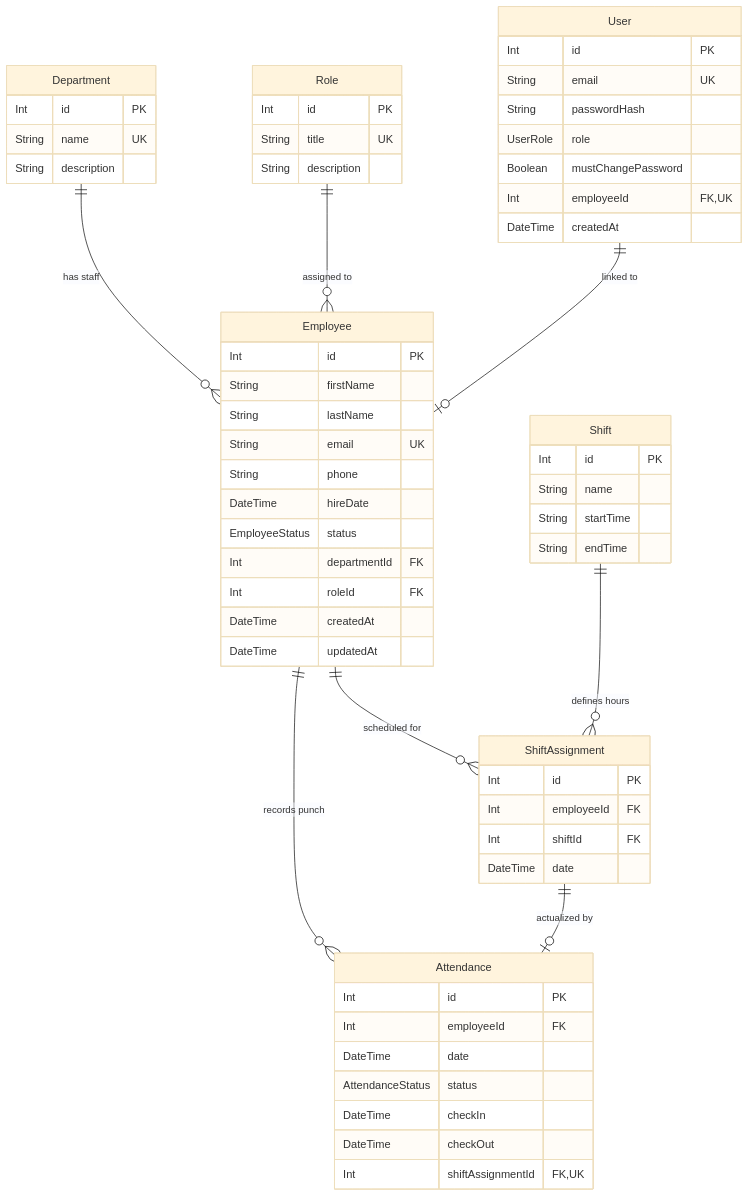
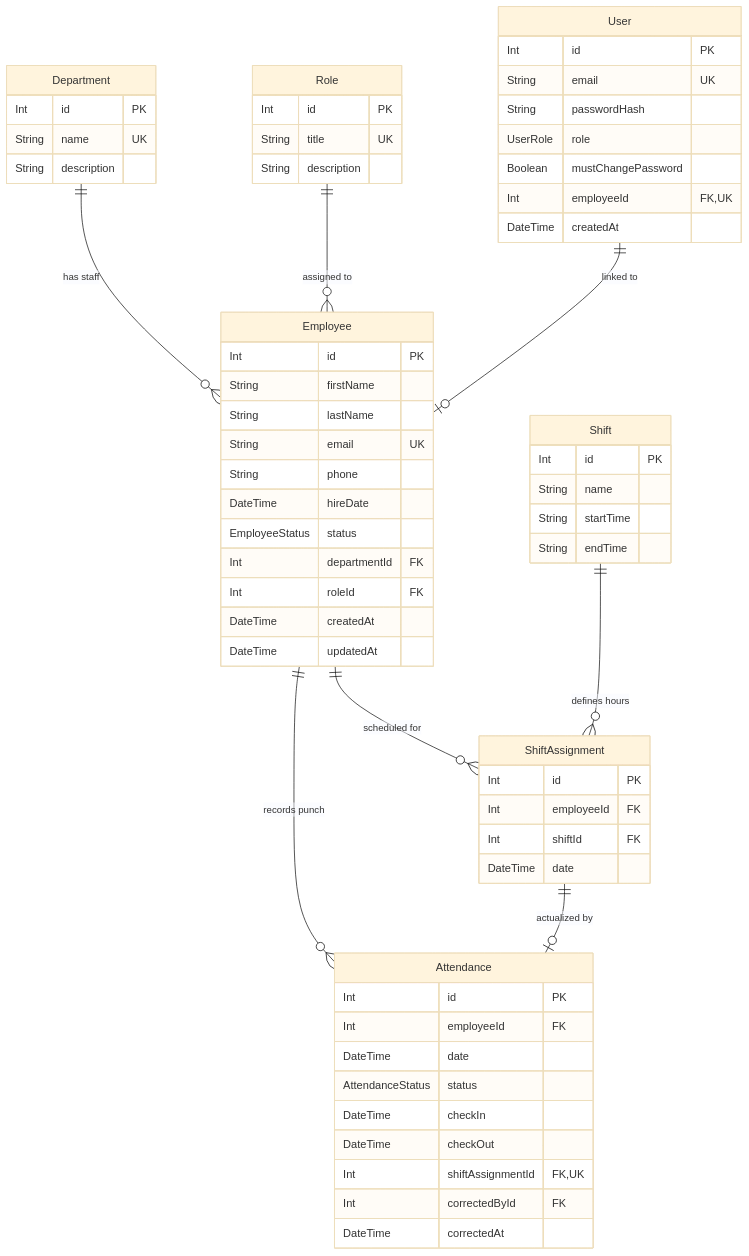
Before and after one commit to AK21ER/Hotel-Employee-Management-System-for-noru-task: the diagram in README.md, drawn with Mermaid (base theme). The commit also changed other lines of this file and 1 other file, not shown here.

````diff
--- a/README.md
+++ b/README.md
@@ -39,71 +39,73 @@
 ```mermaid
 erDiagram
     Department ||--o{ Employee : "has staff"
     Role ||--o{ Employee : "assigned to"
     Employee ||--o{ ShiftAssignment : "scheduled for"
     Employee ||--o{ Attendance : "records punch"
     Shift ||--o{ ShiftAssignment : "defines hours"
     ShiftAssignment ||--o| Attendance : "actualized by"
 
     Department {
         Int id PK
         String name UK
         String description
     }
 
     Role {
         Int id PK
         String title UK
         String description
     }
 
     Shift {
         Int id PK
         String name
         String startTime
         String endTime
     }
 
     Employee {
         Int id PK
         String firstName
         String lastName
         String email UK
         String phone
         DateTime hireDate
         EmployeeStatus status
         Int departmentId FK
         Int roleId FK
         DateTime createdAt
         DateTime updatedAt
     }
 
     User ||--o| Employee : "linked to"
 
     User {
         Int id PK
         String email UK
         String passwordHash
         UserRole role
         Boolean mustChangePassword
         Int employeeId FK,UK
         DateTime createdAt
     }
 
     ShiftAssignment {
         Int id PK
         Int employeeId FK
         Int shiftId FK
         DateTime date
     }
 
     Attendance {
         Int id PK
         Int employeeId FK
         DateTime date
         AttendanceStatus status
         DateTime checkIn
         DateTime checkOut
         Int shiftAssignmentId FK,UK
+        Int correctedById FK
+        DateTime correctedAt
     }
 ```
````
